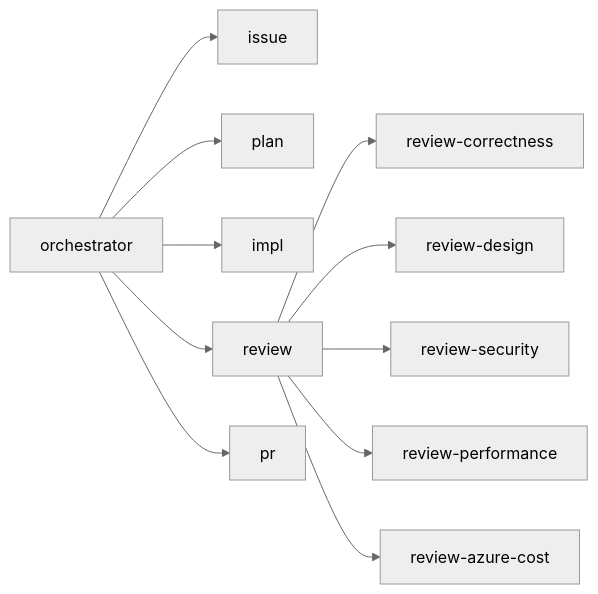
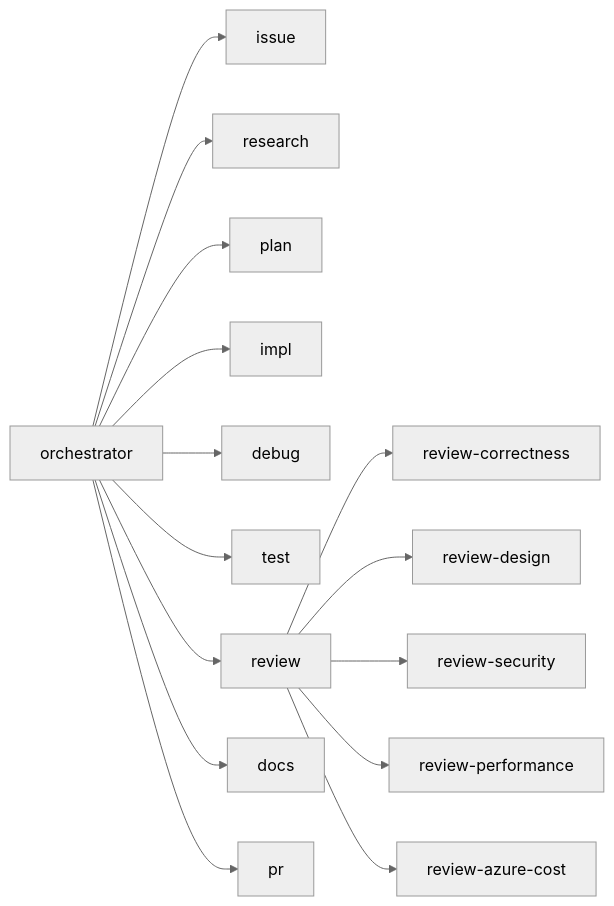
The diagram in AGENTS.md (tsubakimoto/swe-template), drawn with Mermaid (neutral theme) before and after one commit. The commit also changed other lines of this file and 5 other files, not shown here.

````diff
--- a/AGENTS.md
+++ b/AGENTS.md
@@ -29,13 +33,17 @@
 ```mermaid
 flowchart LR
     O[orchestrator] --> I[issue]
+    O --> RS2[research]
     O --> P[plan]
     O --> M[impl]
+    O --> D[debug]
+    O --> T[test]
     O --> R[review]
+    O --> DOC[docs]
     O --> PR[pr]
     R --> RC[review-correctness]
     R --> RD[review-design]
     R --> RS[review-security]
     R --> RP[review-performance]
     R --> RA[review-azure-cost]
 ```
````
